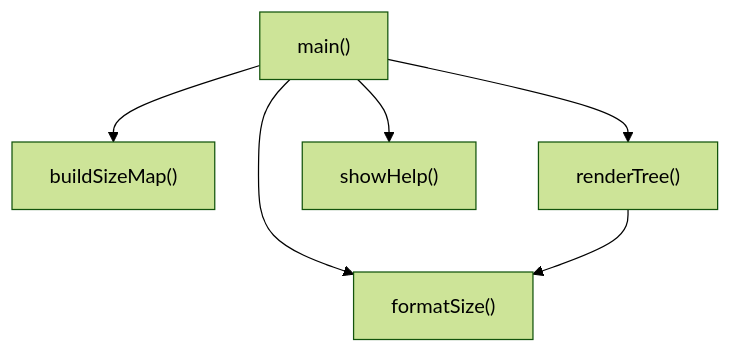
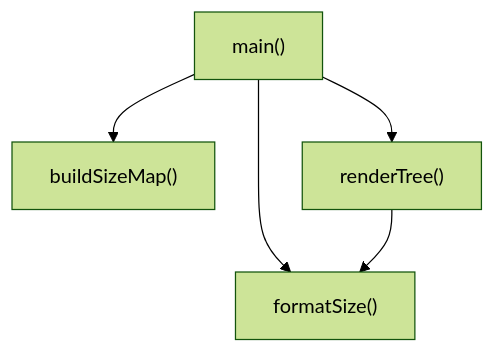
The diagram in docs/variables'n'functions/[JavaScript]index.md (DovahkiinYuzuko/Easy-File-Size), drawn with Mermaid (forest theme) before and after one commit. The commit also changed other lines of this file, not shown here.

Commit message:
[docs] 仕様書のMermaidからshowHelpの記述を削除

````diff
--- a/docs/variables'n'functions/[JavaScript]index.md
+++ b/docs/variables'n'functions/[JavaScript]index.md
@@ -59,8 +53,7 @@
 ```mermaid
 graph TD
   main["main()"] --> buildSizeMap["buildSizeMap()"]
   main --> renderTree["renderTree()"]
   main --> formatSize["formatSize()"]
-  main --> showHelp["showHelp()"]
   renderTree --> formatSize
 ```
````
